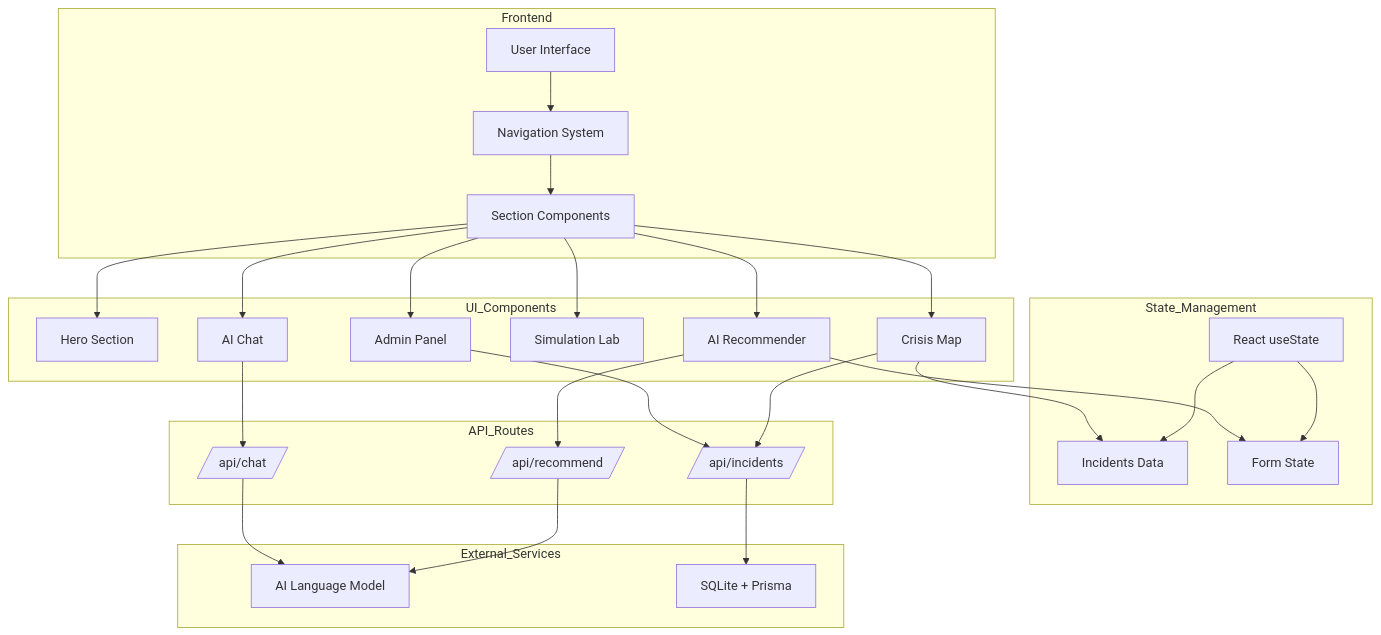
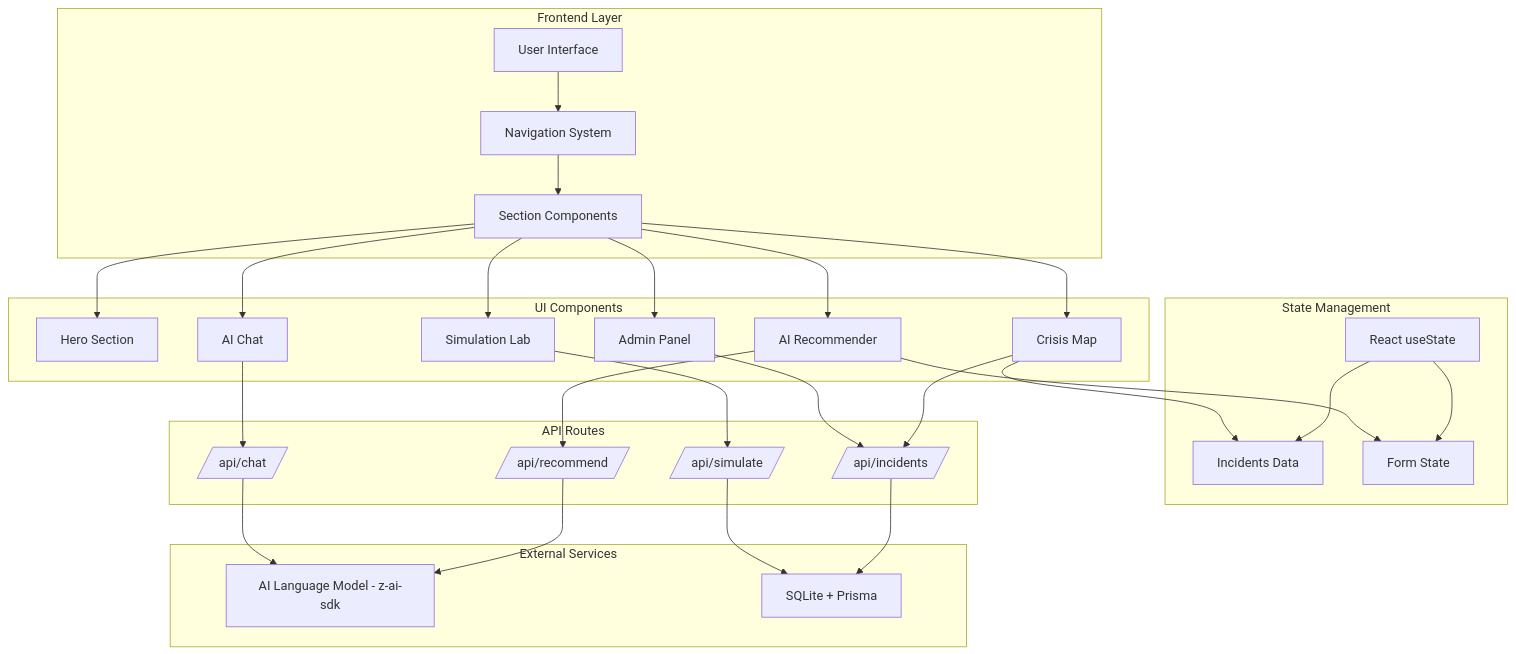
Before and after one commit to anshsharmacse/JanrakshakAI: the first of 31 diagrams in README.md, drawn with Mermaid. The commit also changed other lines of this file, not shown here.

````diff
--- a/README.md
+++ b/README.md
@@ -94,60 +98,62 @@
 ```mermaid
 graph TB
+    subgraph Frontend["Frontend Layer"]
+        UI[User Interface]
+        Nav[Navigation System]
+        Sections[Section Components]
+    end
 
-subgraph Frontend
-UI[User Interface]
-Nav[Navigation System]
-Sections[Section Components]
-end
+    subgraph UI_Components["UI Components"]
+        Hero[Hero Section]
+        Crisis[Crisis Map]
+        Recommender[AI Recommender]
+        Simulation[Simulation Lab]
+        Chat[AI Chat]
+        Admin[Admin Panel]
+    end
 
-subgraph UI_Components
-Hero[Hero Section]
-Crisis[Crisis Map]
-Recommender[AI Recommender]
-Simulation[Simulation Lab]
-Chat[AI Chat]
-Admin[Admin Panel]
-end
+    subgraph State_Management["State Management"]
+        ReactState[React useState]
+        Incidents[Incidents Data]
+        FormData[Form State]
+    end
 
-subgraph State_Management
-ReactState[React useState]
-Incidents[Incidents Data]
-FormData[Form State]
-end
+    subgraph API_Routes["API Routes"]
+        RecommendAPI[/api/recommend/]
+        ChatAPI[/api/chat/]
+        IncidentsAPI[/api/incidents/]
+        SimulateAPI[/api/simulate/]
+    end
 
-subgraph API_Routes
-RecommendAPI[/api/recommend/]
-ChatAPI[/api/chat/]
-IncidentsAPI[/api/incidents/]
-end
+    subgraph External_Services["External Services"]
+        LLM[AI Language Model - z-ai-sdk]
+        Database[SQLite + Prisma]
+    end
 
-subgraph External_Services
-LLM[AI Language Model]
-Database[SQLite + Prisma]
-end
+    UI --> Nav
+    Nav --> Sections
 
-UI --> Nav
-Nav --> Sections
+    Sections --> Hero
+    Sections --> Crisis
+    Sections --> Recommender
+    Sections --> Simulation
+    Sections --> Chat
+    Sections --> Admin
 
-Sections --> Hero
-Sections --> Crisis
-Sections --> Recommender
-Sections --> Simulation
-Sections --> Chat
-Sections --> Admin
+    Recommender --> RecommendAPI
+    Chat --> ChatAPI
+    Crisis --> IncidentsAPI
+    Admin --> IncidentsAPI
+    Simulation --> SimulateAPI
 
-Recommender --> RecommendAPI
-Chat --> ChatAPI
-Crisis --> IncidentsAPI
-Admin --> IncidentsAPI
+    RecommendAPI --> LLM
+    ChatAPI --> LLM
+    IncidentsAPI --> Database
+    SimulateAPI --> Database
 
-RecommendAPI --> LLM
-ChatAPI --> LLM
-IncidentsAPI --> Database
+    ReactState --> Incidents
+    ReactState --> FormData
 
-ReactState --> Incidents
-ReactState --> FormData
-
-Crisis --> Incidents
-Recommender --> FormData
+    Crisis --> Incidents
+    Recommender --> FormData
 ```
````
